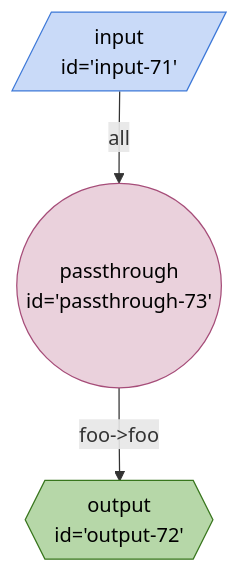
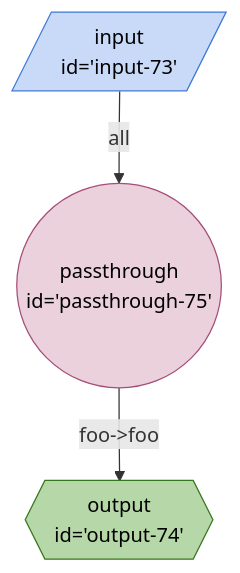
The diagram in seeds/breadboard-web/docs/graphs/new/simple-graph.md (breadboard-ai/breadboard), drawn with Mermaid before and after one commit. The commit also changed 17 other files, not shown here.

````diff
--- a/seeds/breadboard-web/docs/graphs/new/simple-graph.md
+++ b/seeds/breadboard-web/docs/graphs/new/simple-graph.md
@@ -3,14 +3,14 @@
 ```mermaid
 %%{init: 'themeVariables': { 'fontFamily': 'Fira Code, monospace' }}%%
 graph TD;
-passthrough73(("passthrough <br> id='passthrough-73'")):::passthrough -- "foo->foo" --> output72{{"output <br> id='output-72'"}}:::output
-input71[/"input <br> id='input-71'"/]:::input -- all --> passthrough73(("passthrough <br> id='passthrough-73'")):::passthrough
+passthrough75(("passthrough <br> id='passthrough-75'")):::passthrough -- "foo->foo" --> output74{{"output <br> id='output-74'"}}:::output
+input73[/"input <br> id='input-73'"/]:::input -- all --> passthrough75(("passthrough <br> id='passthrough-75'")):::passthrough
 classDef default stroke:#ffab40,fill:#fff2ccff,color:#000
 classDef input stroke:#3c78d8,fill:#c9daf8ff,color:#000
 classDef output stroke:#38761d,fill:#b6d7a8ff,color:#000
 classDef passthrough stroke:#a64d79,fill:#ead1dcff,color:#000
 classDef slot stroke:#a64d79,fill:#ead1dcff,color:#000
 classDef config stroke:#a64d79,fill:#ead1dcff,color:#000
 classDef secrets stroke:#db4437,fill:#f4cccc,color:#000
 classDef slotted stroke:#a64d79
 ```
````
